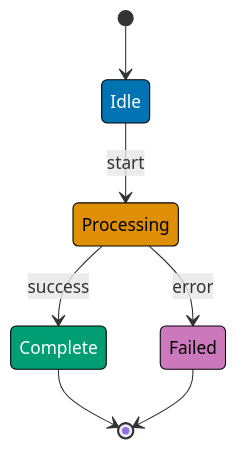
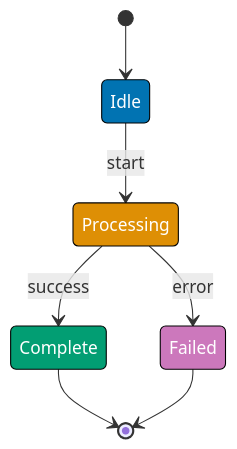
Before and after one commit to wahidyankf/open-sharia-enterprise: the first of 7 diagrams in apps/ayokoding-web/content/en/learn/software-engineering/architecture/finite-state-machine-fsm/by-example/beginner.md, drawn with Mermaid. The commit also changed other lines of this file and 61 other files, not shown here.

First line of the commit message:
fix(ayokoding-web): quote Mermaid node labels with special characters in Example 63

````diff
--- a/apps/ayokoding-web/content/en/learn/software-engineering/architecture/finite-state-machine-fsm/by-example/beginner.md
+++ b/apps/ayokoding-web/content/en/learn/software-engineering/architecture/finite-state-machine-fsm/by-example/beginner.md
@@ -18,19 +18,19 @@
 ```mermaid
 stateDiagram-v2
     [*] --> Idle
     Idle --> Processing: start
     Processing --> Complete: success
     Processing --> Failed: error
     Complete --> [*]
     Failed --> [*]
 
     classDef idleState fill:#0173B2,stroke:#000,color:#fff
-    classDef processingState fill:#DE8F05,stroke:#000,color:#000
+    classDef processingState fill:#DE8F05,stroke:#000,color:#fff
     classDef completeState fill:#029E73,stroke:#000,color:#fff
-    classDef failedState fill:#CC78BC,stroke:#000,color:#000
+    classDef failedState fill:#CC78BC,stroke:#000,color:#fff
 
     class Idle idleState
     class Processing processingState
     class Complete completeState
     class Failed failedState
 ```
````
